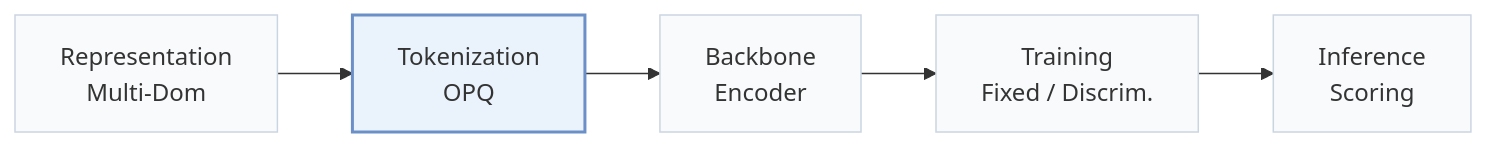
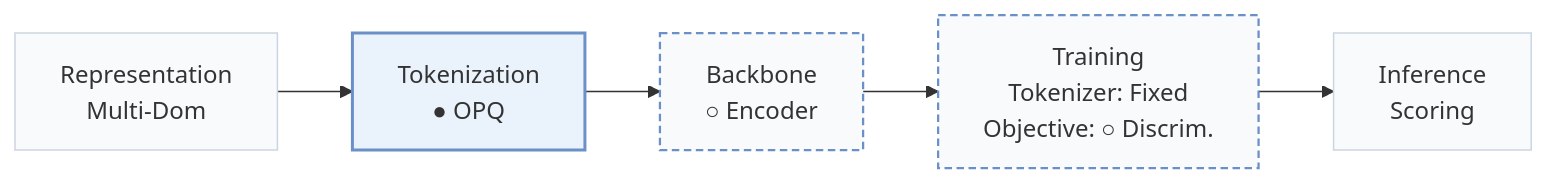
One commit to Galaxy-ghost/Awesome-SID-Generative-Rec changed the first of 3 diagrams in pages/papers/vq-rec.md. Above: the diagram before and after it, drawn with Mermaid. The commit also changed other lines of this file and 558 other files, not shown here.

````diff
--- a/pages/papers/vq-rec.md
+++ b/pages/papers/vq-rec.md
@@ -15,8 +19,10 @@
 ```mermaid
 flowchart LR
-    R["Representation<br/>Multi-Dom"] --> T["Tokenization<br/>OPQ"] --> B["Backbone<br/>Encoder"] --> TR["Training<br/>Fixed / Discrim."] --> I["Inference<br/>Scoring"]
+    R["Representation<br/>Multi-Dom"] --> T["Tokenization<br/>● OPQ"] --> B["Backbone<br/>○ Encoder"] --> TR["Training<br/>Tokenizer: Fixed<br/>Objective: ○ Discrim."] --> I["Inference<br/>Scoring"]
     classDef base fill:#f8fafc,stroke:#cbd5e1
     class R,T,B,TR,I base
+    classDef other fill:#f8fafc,stroke:#6b8fc7,stroke-width:1.5px,stroke-dasharray:5 3
+    class B,TR other
     classDef main fill:#eaf2fb,stroke:#6b8fc7,stroke-width:2px
     class T main
 ```
````
